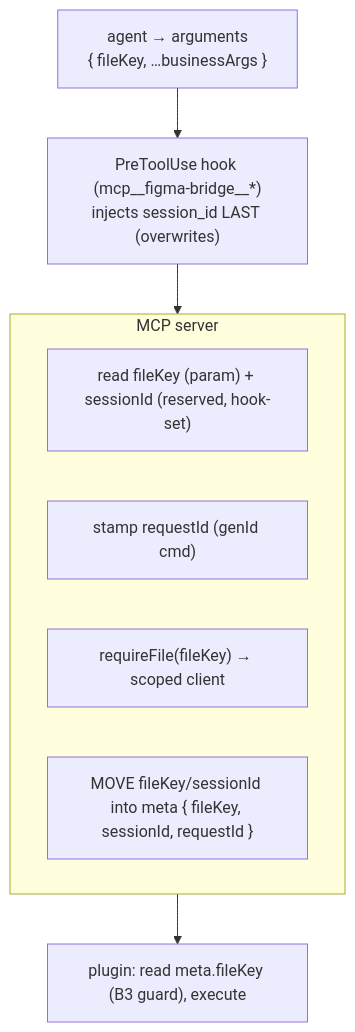
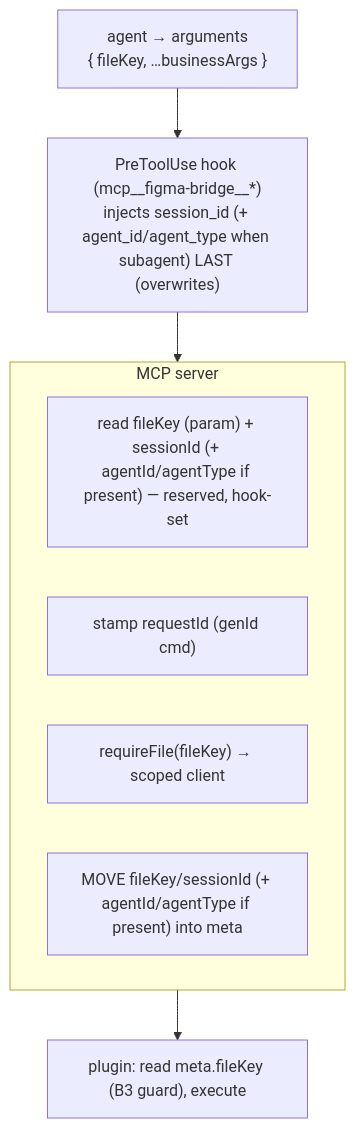
One commit to yleilu/figma-agent-bridge changed the diagram in docs/specs/request-envelope.md. Above: the diagram before and after it, drawn with Mermaid. The commit also changed other lines of this file and 7 other files, not shown here.

````diff
--- a/docs/specs/request-envelope.md
+++ b/docs/specs/request-envelope.md
@@ -161,12 +198,12 @@
 ```mermaid
 flowchart TB
     A["agent → arguments\n{ fileKey, …businessArgs }"] --> HK
-    HK["PreToolUse hook (mcp__figma-bridge__*)\ninjects session_id LAST (overwrites)"] --> SRV
+    HK["PreToolUse hook (mcp__figma-bridge__*)\ninjects session_id (+ agent_id/agent_type when subagent) LAST (overwrites)"] --> SRV
     subgraph SRV["MCP server"]
-        R["read fileKey (param) + sessionId (reserved, hook-set)"]
+        R["read fileKey (param) + sessionId (+ agentId/agentType if present) — reserved, hook-set"]
         Q["stamp requestId (genId cmd)"]
         RF["requireFile(fileKey) → scoped client"]
-        M["MOVE fileKey/sessionId into meta { fileKey, sessionId, requestId }"]
+        M["MOVE fileKey/sessionId (+ agentId/agentType if present) into meta"]
     end
     SRV --> P["plugin: read meta.fileKey (B3 guard), execute"]
 ```
````
